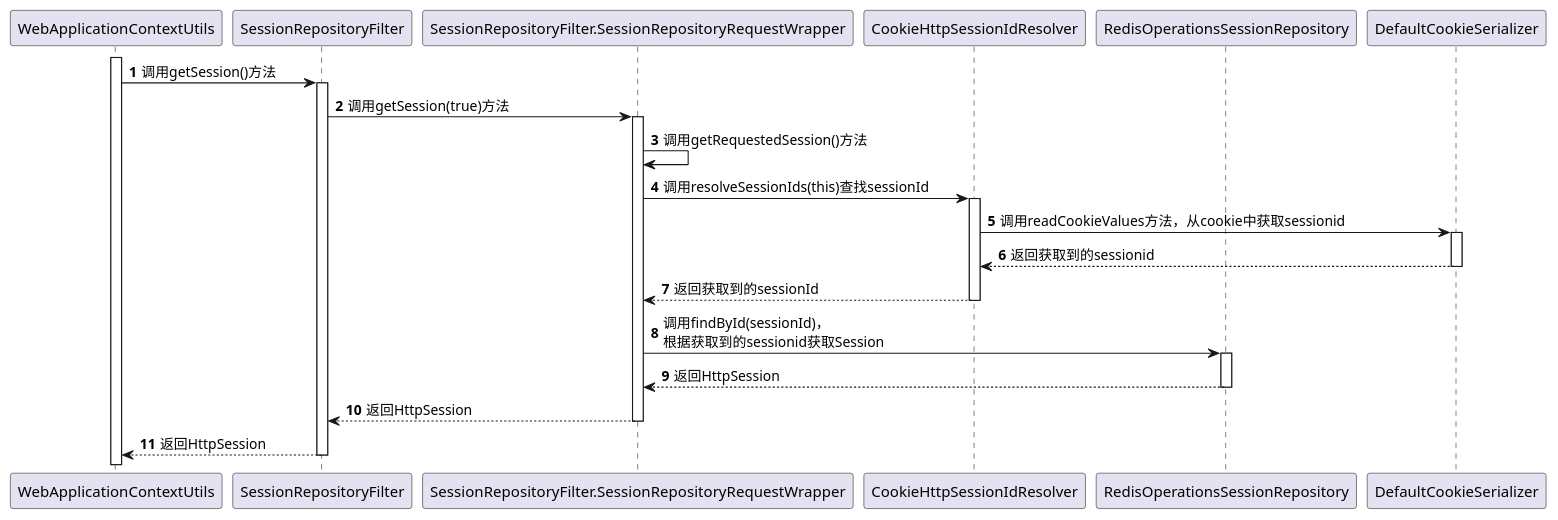
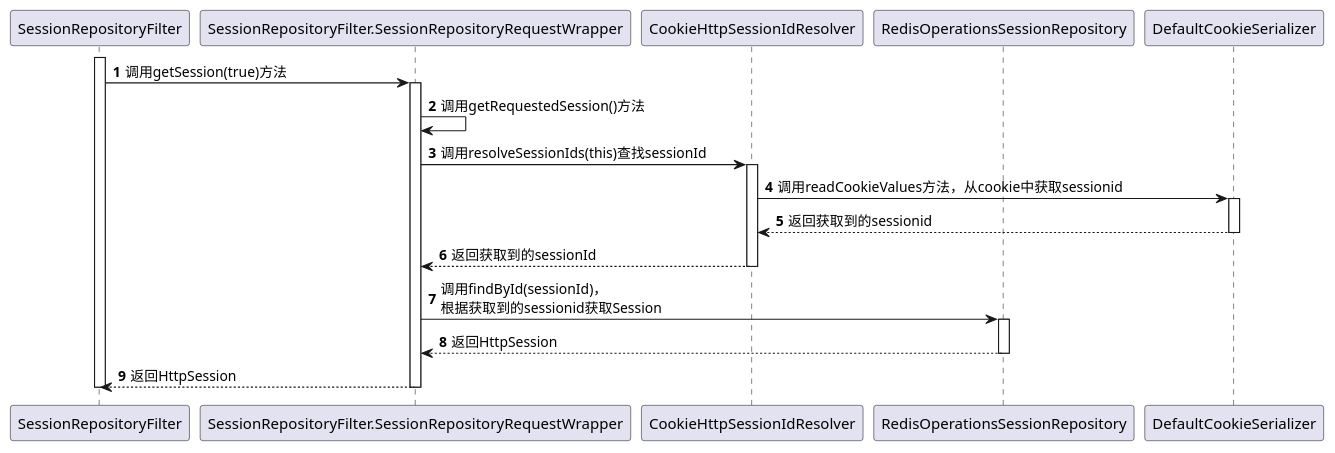
The diagram in src/main/doc/从cookie中读取sessionid的过程.puml (XWxiaowei/spring-boot-session-demo), drawn with PlantUML before and after one commit. The commit also changed 1 other file, not shown here.

Commit message:
序列图提交

```diff
--- a/src/main/doc/从cookie中读取sessionid的过程.puml
+++ b/src/main/doc/从cookie中读取sessionid的过程.puml
@@ -1,32 +1,28 @@
 @startuml
-participant WebApplicationContextUtils
 participant SessionRepositoryFilter
 participant SessionRepositoryFilter.SessionRepositoryRequestWrapper
 participant CookieHttpSessionIdResolver
 participant RedisOperationsSessionRepository
 participant DefaultCookieSerializer
 
 autonumber
-activate WebApplicationContextUtils
-WebApplicationContextUtils -> SessionRepositoryFilter: 调用getSession()方法
 activate SessionRepositoryFilter
 SessionRepositoryFilter -> SessionRepositoryFilter.SessionRepositoryRequestWrapper: 调用getSession(true)方法
 activate SessionRepositoryFilter.SessionRepositoryRequestWrapper
 SessionRepositoryFilter.SessionRepositoryRequestWrapper -> SessionRepositoryFilter.SessionRepositoryRequestWrapper: 调用getRequestedSession()方法
 SessionRepositoryFilter.SessionRepositoryRequestWrapper -> CookieHttpSessionIdResolver: 调用resolveSessionIds(this)查找sessionId
 activate CookieHttpSessionIdResolver
 CookieHttpSessionIdResolver ->DefaultCookieSerializer:调用readCookieValues方法，从cookie中获取sessionid
 activate DefaultCookieSerializer
 DefaultCookieSerializer -->CookieHttpSessionIdResolver:返回获取到的sessionid
 deactivate DefaultCookieSerializer
 CookieHttpSessionIdResolver --> SessionRepositoryFilter.SessionRepositoryRequestWrapper: 返回获取到的sessionId
 deactivate CookieHttpSessionIdResolver
 SessionRepositoryFilter.SessionRepositoryRequestWrapper -> RedisOperationsSessionRepository: 调用findById(sessionId)，\n根据获取到的sessionid获取Session
 activate RedisOperationsSessionRepository
 RedisOperationsSessionRepository --> SessionRepositoryFilter.SessionRepositoryRequestWrapper:返回HttpSession
 deactivate RedisOperationsSessionRepository
 SessionRepositoryFilter.SessionRepositoryRequestWrapper --> SessionRepositoryFilter:返回HttpSession
 deactivate SessionRepositoryFilter.SessionRepositoryRequestWrapper
-SessionRepositoryFilter --> WebApplicationContextUtils:返回HttpSession
 deactivate SessionRepositoryFilter
 @enduml
```
